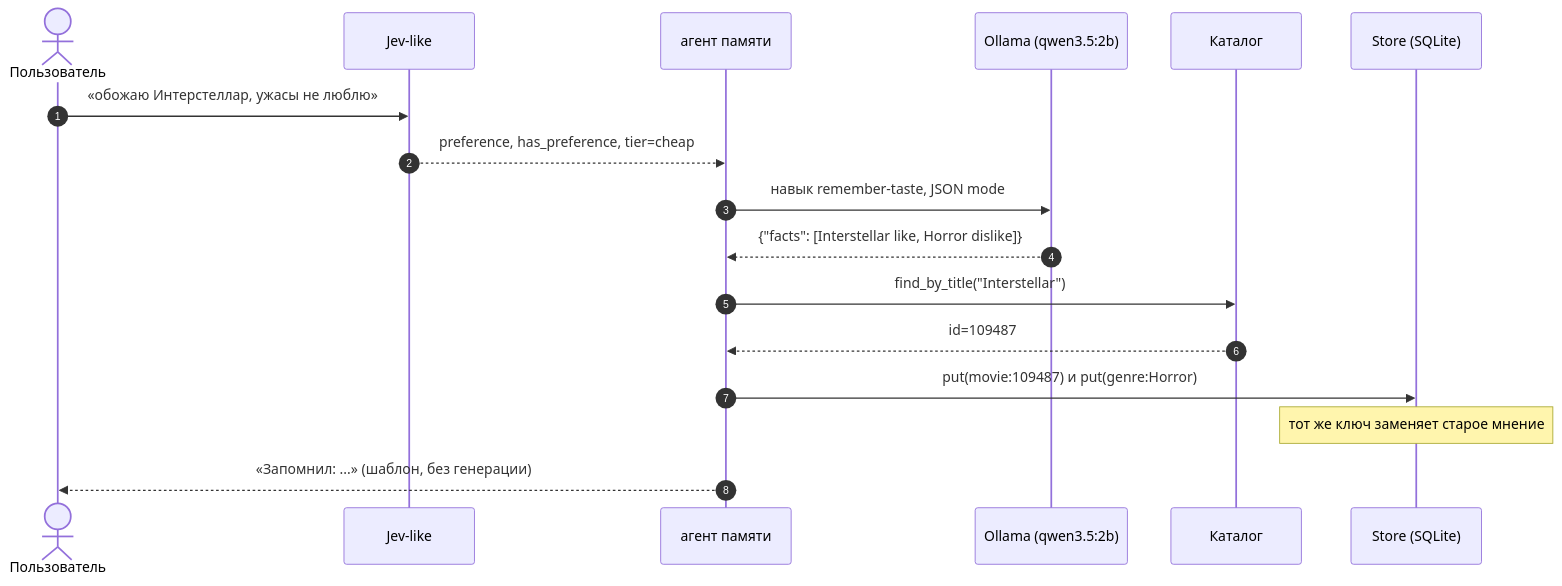
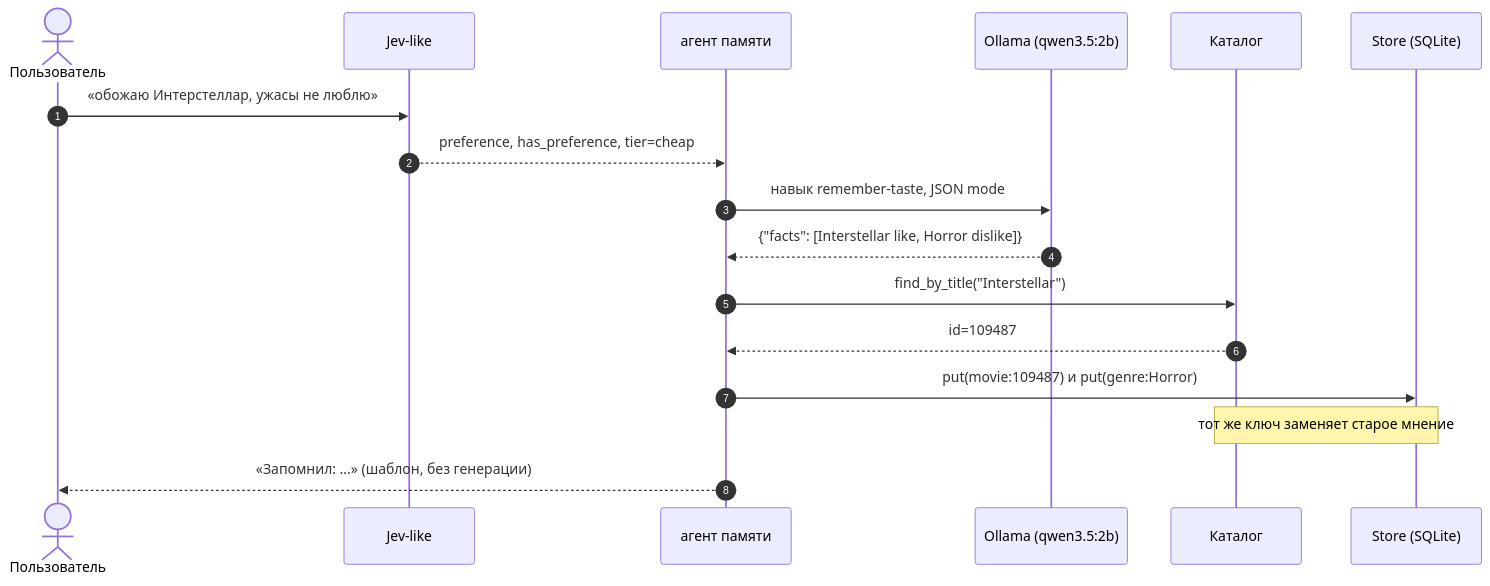
The tenth of 11 diagrams in docs/ARCHITECTURE.md (sstegss/movie-agents), drawn with Mermaid before and after one commit. The commit also changed other lines of this file, not shown here.

First line of the commit message:
Architecture: redraw C4 diagrams as flowcharts so labels do not overlap

````diff
--- a/docs/ARCHITECTURE.md
+++ b/docs/ARCHITECTURE.md
@@ -380,20 +400,20 @@
 ```mermaid
 sequenceDiagram
   autonumber
   actor U as Пользователь
   participant G as Jev-like
   participant A as агент памяти
   participant L as Ollama (qwen3.5:2b)
   participant C as Каталог
   participant S as Store (SQLite)
 
   U->>G: «обожаю Интерстеллар, ужасы не люблю»
   G-->>A: preference, has_preference, tier=cheap
   A->>L: навык remember-taste, JSON mode
   L-->>A: {"facts": [Interstellar like, Horror dislike]}
   A->>C: find_by_title("Interstellar")
   C-->>A: id=109487
   A->>S: put(movie:109487) и put(genre:Horror)
-  Note over S: тот же ключ заменяет старое мнение
+  Note over C,S: тот же ключ заменяет старое мнение
   A-->>U: «Запомнил: ...» (шаблон, без генерации)
 ```
````
